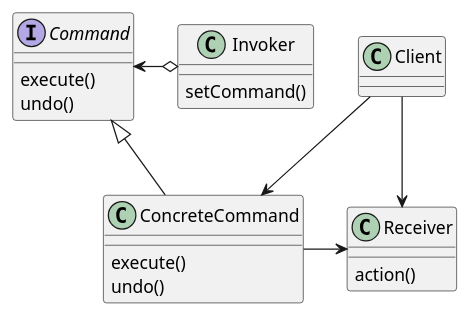
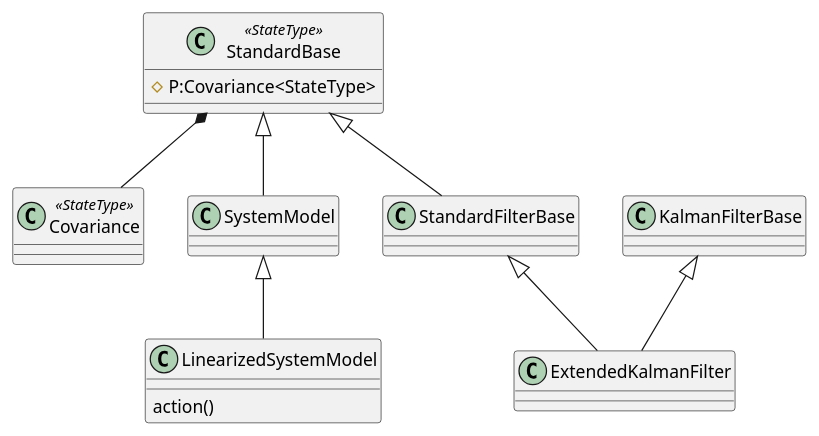
The diagram in include/kalman/arch.wsd (Dashark/kalman), drawn with PlantUML before and after one commit.

Commit message:
Kalman的UML

```diff
--- a/include/kalman/arch.wsd
+++ b/include/kalman/arch.wsd
@@ -1,23 +1,20 @@
 @startuml
-interface Command {
-    execute()
-    undo()
+class Covariance <<StateType>>
+class StandardBase <<StateType>>{ 
+    #P:Covariance<StateType>
 }
-class Invoker{
-    setCommand()
-}
-class Client
-class Receiver{
+class SystemModel
+class LinearizedSystemModel{
     action()
 }
-class ConcreteCommand{
-    execute()
-    undo()
-}
+StandardBase *-- Covariance
+StandardBase <|-down- SystemModel
+SystemModel <|-down- LinearizedSystemModel
 
-Command <|-down- ConcreteCommand
-Client -right-> Receiver
-Client --> ConcreteCommand
-Invoker o-right-> Command
-Receiver <-left- ConcreteCommand
+class KalmanFilterBase
+class StandardFilterBase
+StandardBase <|-down- StandardFilterBase
+class ExtendedKalmanFilter
+KalmanFilterBase <|-down- ExtendedKalmanFilter
+StandardFilterBase <|-down- ExtendedKalmanFilter
 @enduml
```
